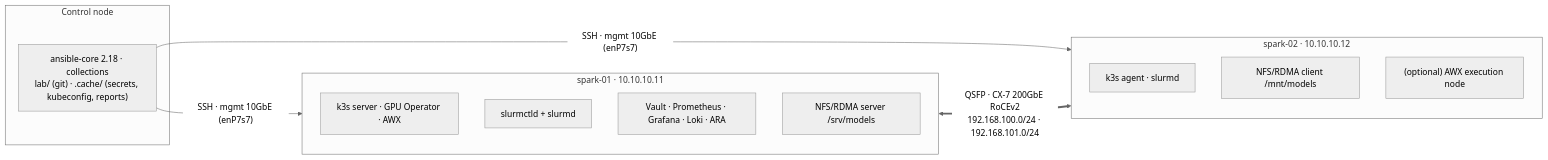
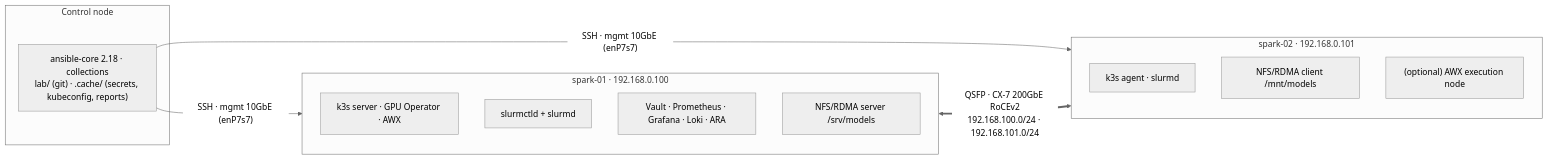
Before and after one commit to cloudone365/technical-depth: the diagram in 01 Ansible/README.md, drawn with Mermaid (neutral theme). The commit also changed 57 other files, not shown here.

````diff
--- a/01 Ansible/README.md
+++ b/01 Ansible/README.md
@@ -11,21 +11,21 @@
 ```mermaid
 flowchart LR
   subgraph CTL["Control node"]
     ANS["ansible-core 2.18 · collections<br/>lab/ (git) · .cache/ (secrets, kubeconfig, reports)"]
   end
-  subgraph S1["spark-01 · 10.10.10.11"]
+  subgraph S1["spark-01 · 192.168.0.100"]
     direction TB
     S1A["k3s server · GPU Operator · AWX"]
     S1B["slurmctld + slurmd"]
     S1C["Vault · Prometheus · Grafana · Loki · ARA"]
     S1D["NFS/RDMA server /srv/models"]
   end
-  subgraph S2["spark-02 · 10.10.10.12"]
+  subgraph S2["spark-02 · 192.168.0.101"]
     direction TB
     S2A["k3s agent · slurmd"]
     S2B["NFS/RDMA client /mnt/models"]
     S2C["(optional) AWX execution node"]
   end
   ANS -- "SSH · mgmt 10GbE (enP7s7)" --> S1 & S2
   S1 <== "QSFP · CX-7 200GbE RoCEv2<br/>192.168.100.0/24 · 192.168.101.0/24" ==> S2
 ```
````
